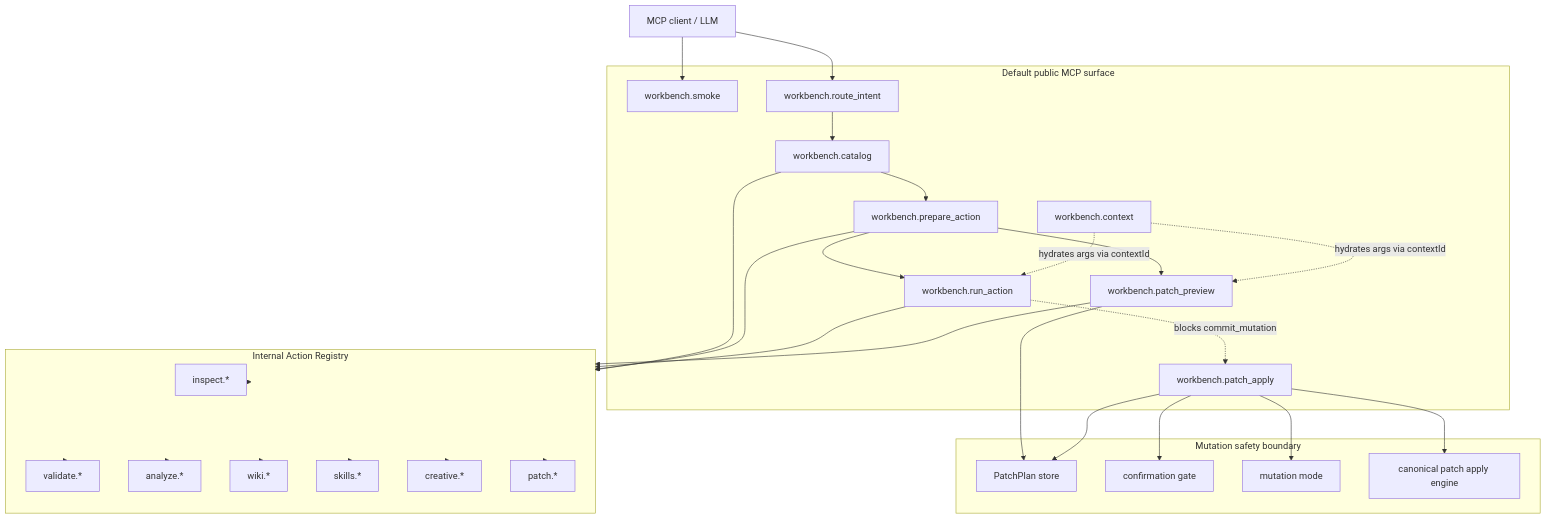
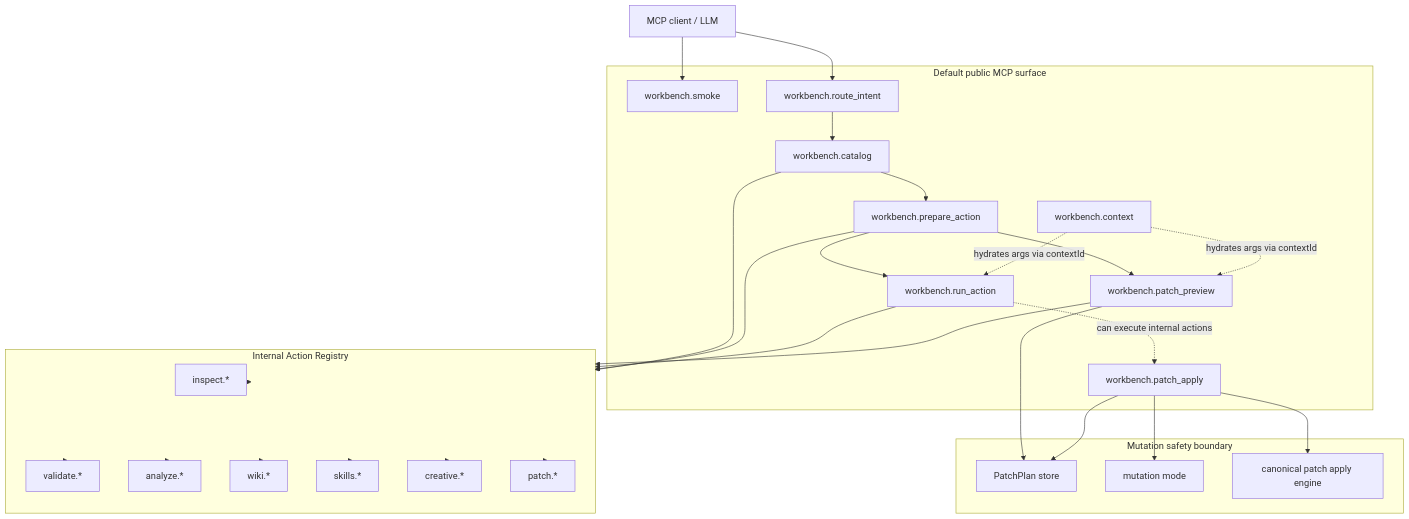
Before and after one commit to noelkim12/risuai-workbench: the diagram in packages/risuai-workbench-mcp/README-reference.md, drawn with Mermaid. The commit also changed other lines of this file and 108 other files, not shown here.

Commit message:
fix(mcp) : remove useless confirmation gate and preview mode

````diff
--- a/packages/risuai-workbench-mcp/README-reference.md
+++ b/packages/risuai-workbench-mcp/README-reference.md
@@ -63,61 +63,59 @@
 ```mermaid
 flowchart TB
     Client["MCP client / LLM"]
 
     subgraph Public["Default public MCP surface"]
       Smoke["workbench.smoke"]
       Route["workbench.route_intent"]
       Catalog["workbench.catalog"]
       Prepare["workbench.prepare_action"]
       Run["workbench.run_action"]
       Context["workbench.context"]
       PatchPreview["workbench.patch_preview"]
       PatchApply["workbench.patch_apply"]
     end
 
     subgraph Registry["Internal Action Registry"]
       Inspect["inspect.*"]
       Validate["validate.*"]
       Analyze["analyze.*"]
       Wiki["wiki.*"]
       Skills["skills.*"]
       Creative["creative.*"]
       Patch["patch.*"]
     end
 
     subgraph Safety["Mutation safety boundary"]
       PatchStore["PatchPlan store"]
-      Confirm["confirmation gate"]
       MutationMode["mutation mode"]
       ApplyEngine["canonical patch apply engine"]
     end
 
     Client --> Smoke
     Client --> Route
     Route --> Catalog
     Catalog --> Prepare
     Prepare --> Run
     Prepare --> PatchPreview
     Context -. "hydrates args via contextId" .-> Run
     Context -. "hydrates args via contextId" .-> PatchPreview
 
     Catalog --> Registry
     Prepare --> Registry
     Run --> Registry
     PatchPreview --> Registry
 
     Registry --> Inspect
     Registry --> Validate
     Registry --> Analyze
     Registry --> Wiki
     Registry --> Skills
     Registry --> Creative
     Registry --> Patch
 
-    Run -. "blocks commit_mutation" .-> PatchApply
+    Run -. "can execute internal actions" .-> PatchApply
     PatchPreview --> PatchStore
     PatchApply --> PatchStore
-    PatchApply --> Confirm
     PatchApply --> MutationMode
     PatchApply --> ApplyEngine
 ```
````
